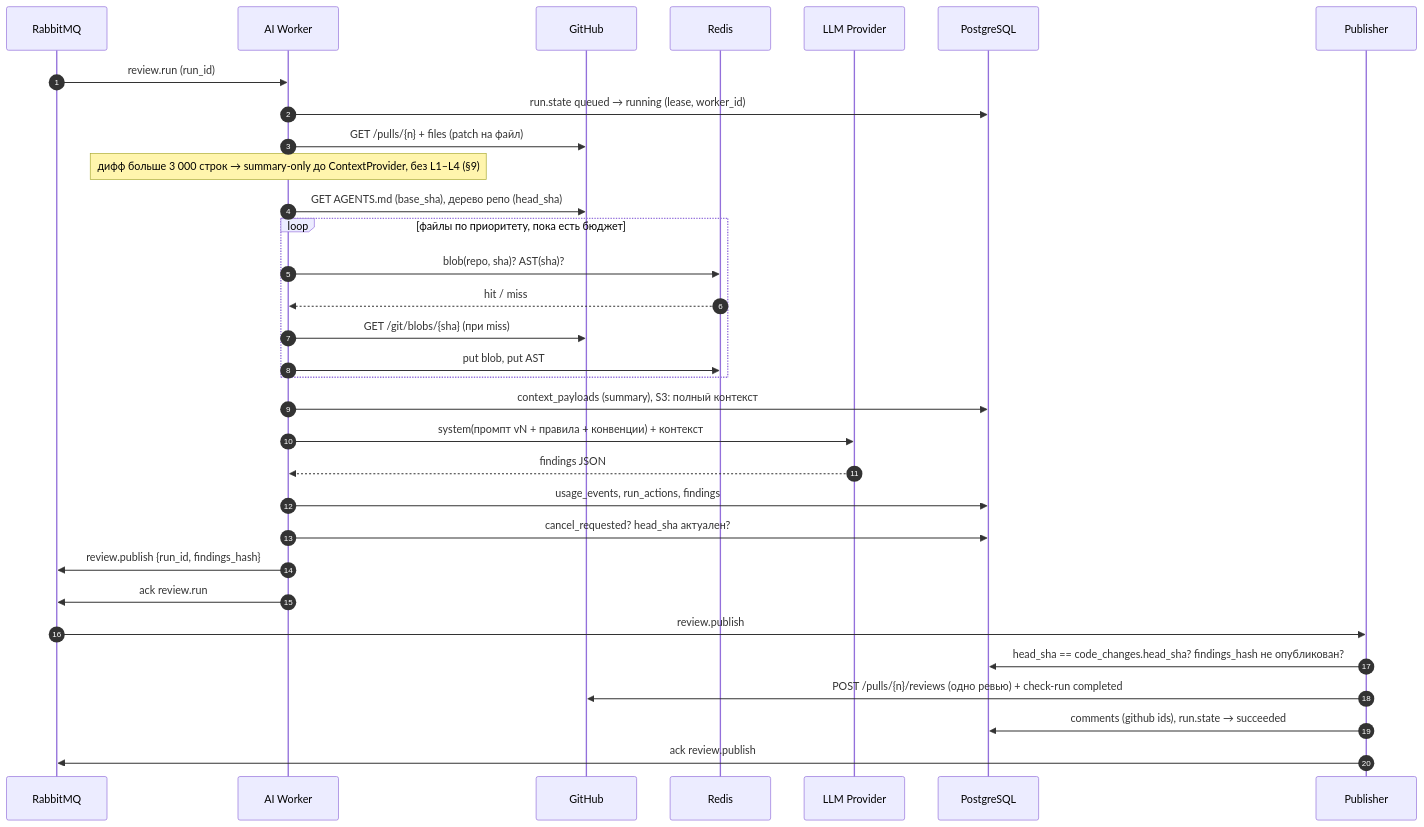
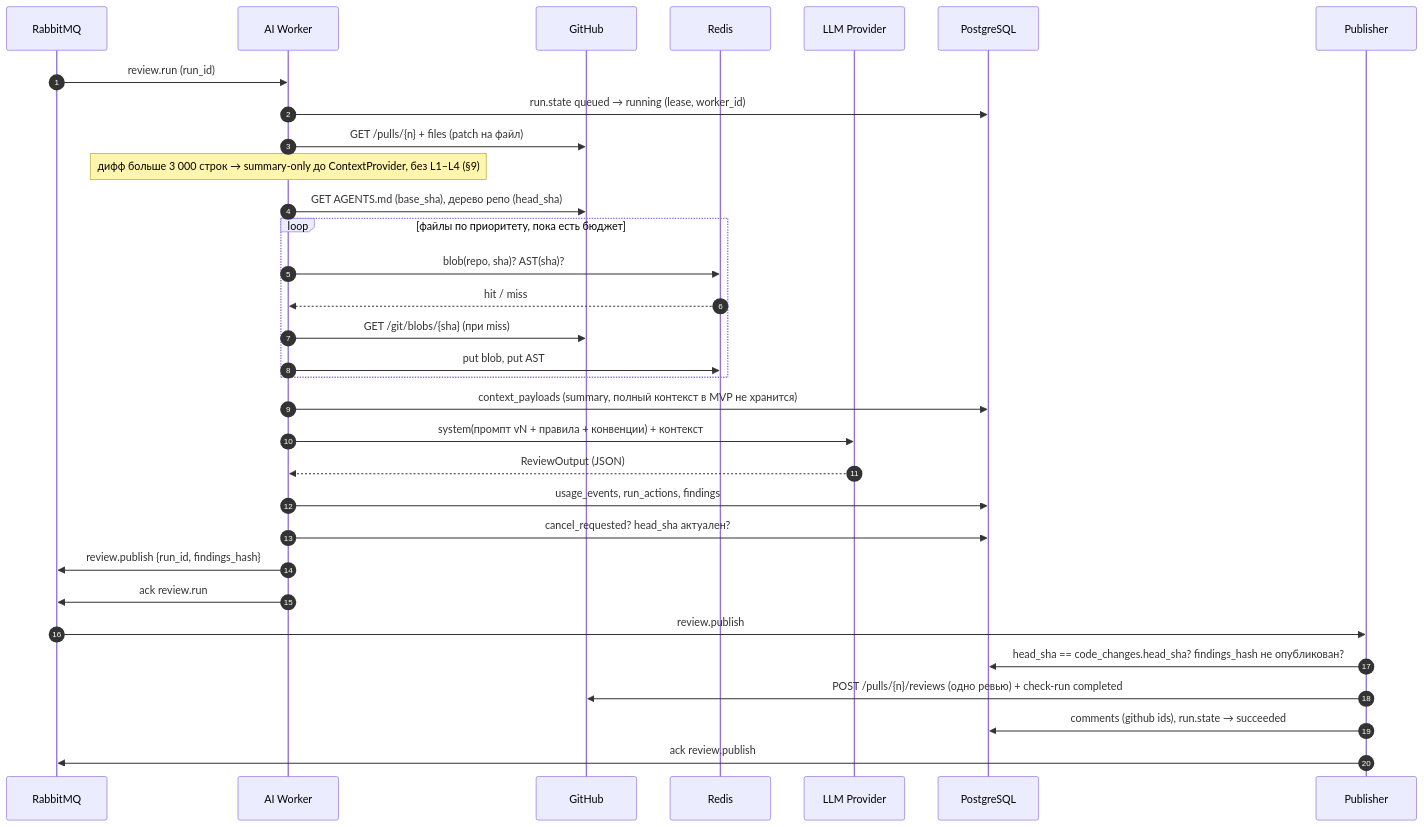
The fifth of 13 diagrams in docs/SYSTEM_DESIGN.md (larchanka-training/dmc-268-api-t6), drawn with Mermaid before and after one commit. The commit also changed other lines of this file and 1 other file, not shown here.

First line of the commit message:
docs(sd): align SYSTEM_DESIGN and review README with #20 (#20)

````diff
--- a/docs/SYSTEM_DESIGN.md
+++ b/docs/SYSTEM_DESIGN.md
@@ -237,35 +245,35 @@
 ```mermaid
 sequenceDiagram
   autonumber
   participant MQ as RabbitMQ
   participant W as AI Worker
   participant GH as GitHub
   participant R as Redis
   participant LLM as LLM Provider
   participant PG as PostgreSQL
   participant P as Publisher
 
   MQ->>W: review.run (run_id)
   W->>PG: run.state queued → running (lease, worker_id)
   W->>GH: GET /pulls/{n} + files (patch на файл)
   Note over W: дифф больше 3 000 строк → summary-only до ContextProvider, без L1–L4 (§9)
   W->>GH: GET AGENTS.md (base_sha), дерево репо (head_sha)
   loop файлы по приоритету, пока есть бюджет
     W->>R: blob(repo, sha)? AST(sha)?
     R-->>W: hit / miss
     W->>GH: GET /git/blobs/{sha} (при miss)
     W->>R: put blob, put AST
   end
-  W->>PG: context_payloads (summary), S3: полный контекст
+  W->>PG: context_payloads (summary, полный контекст в MVP не хранится)
   W->>LLM: system(промпт vN + правила + конвенции) + контекст
-  LLM-->>W: findings JSON
+  LLM-->>W: ReviewOutput (JSON)
   W->>PG: usage_events, run_actions, findings
   W->>PG: cancel_requested? head_sha актуален?
   W->>MQ: review.publish {run_id, findings_hash}
   W->>MQ: ack review.run
   MQ->>P: review.publish
   P->>PG: head_sha == code_changes.head_sha? findings_hash не опубликован?
   P->>GH: POST /pulls/{n}/reviews (одно ревью) + check-run completed
   P->>PG: comments (github ids), run.state → succeeded
   P->>MQ: ack review.publish
 ```
````
